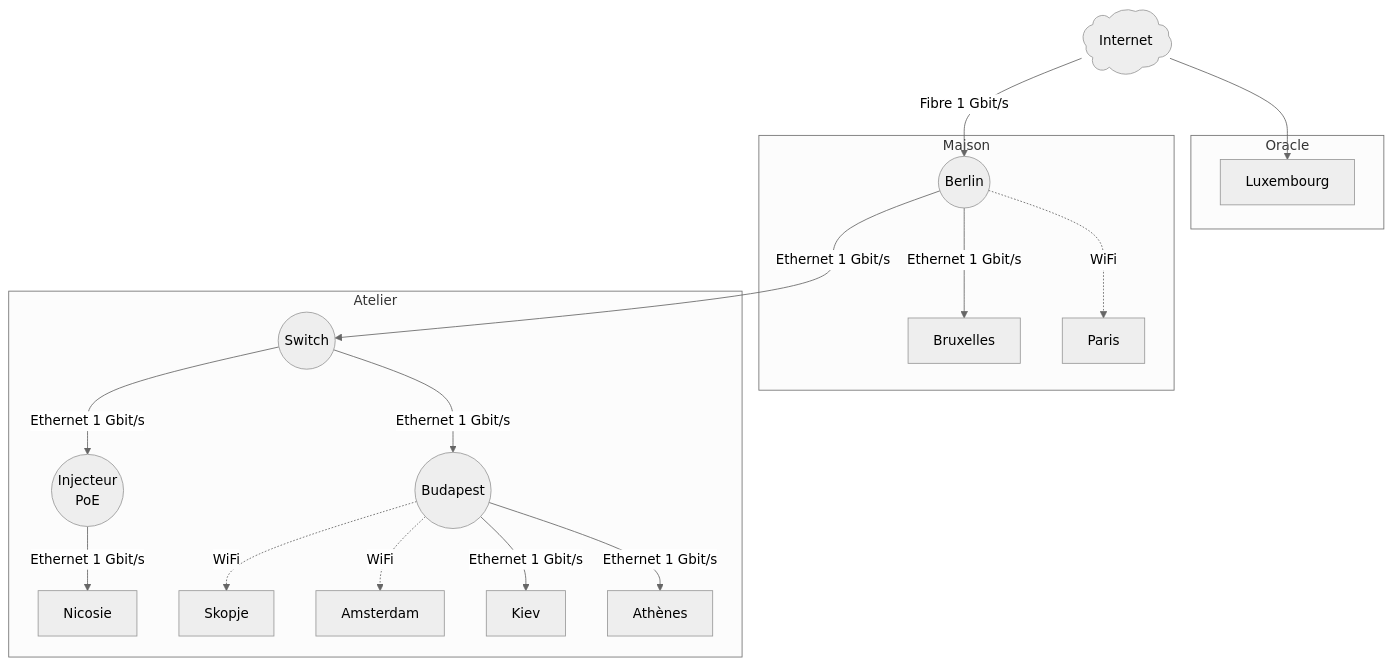
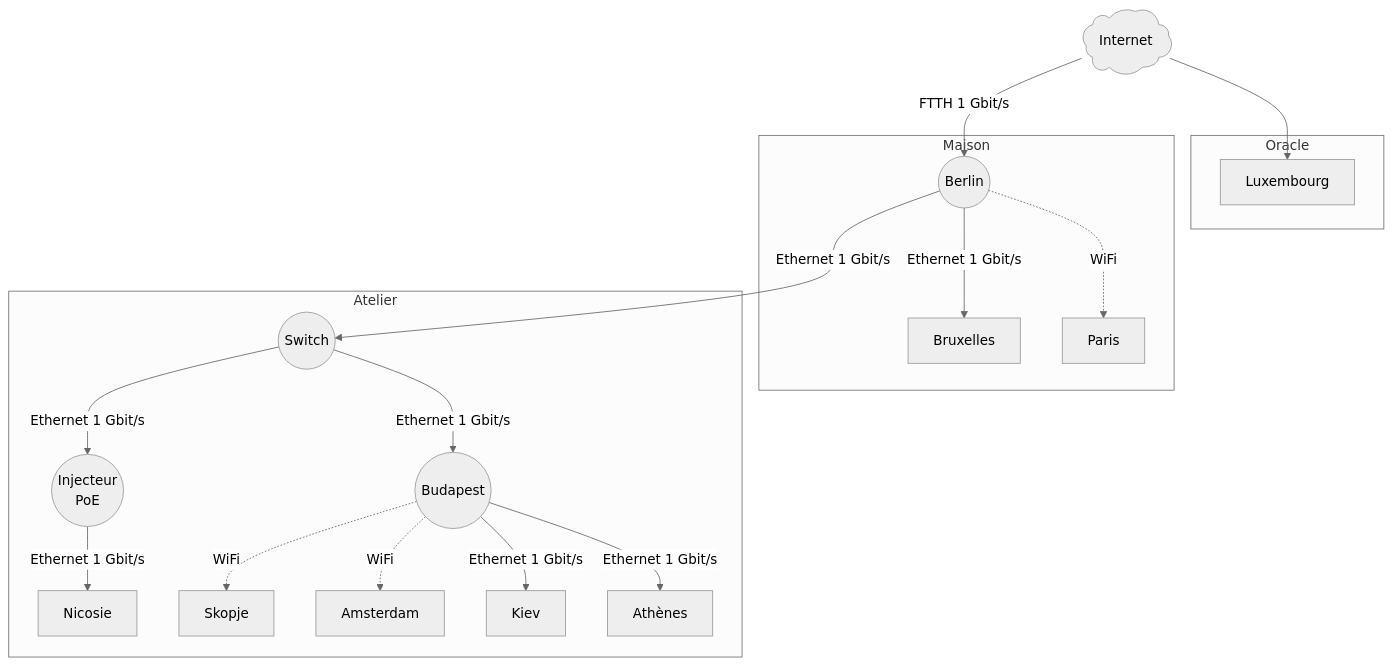
Before and after one commit to AlixANNERAUD/Infrastructure_website: the diagram in src/documentation/reseau.md, drawn with Mermaid (neutral theme). The commit also changed other lines of this file, not shown here.

Commit message:
Update network documentation to clarify internet connection type and enhance DHCP explanation

````diff
--- a/src/documentation/reseau.md
+++ b/src/documentation/reseau.md
@@ -5,27 +5,27 @@
 ```mermaid
 flowchart TB
 
 	Internet@{ shape: cloud } --> Luxembourg
 
 	subgraph Oracle
 		Luxembourg
 	end
 
-	Internet --"Fibre 1 Gbit/s"--> Berlin((Berlin))
+	Internet --"FTTH 1 Gbit/s"--> Berlin((Berlin))
 
 	subgraph Maison
 		Berlin --"Ethernet 1 Gbit/s"--> Bruxelles
 		Berlin -."WiFi".-> Paris
 	end
 
 	subgraph Atelier
 		Berlin --"Ethernet 1 Gbit/s"--> Switch((Switch))
 		Switch --"Ethernet 1 Gbit/s"--> Budapest((Budapest))
 		Switch --"Ethernet 1 Gbit/s"--> InjecteurPoE((Injecteur<br/>PoE))
 		InjecteurPoE --"Ethernet 1 Gbit/s"--> Nicosie
 		Budapest -."WiFi".-> Skopje
 		Budapest -."WiFi".-> Amsterdam
 		Budapest --"Ethernet 1 Gbit/s"--> Kiev
 		Budapest --"Ethernet 1 Gbit/s"--> Athènes
 	end
 ```
````
